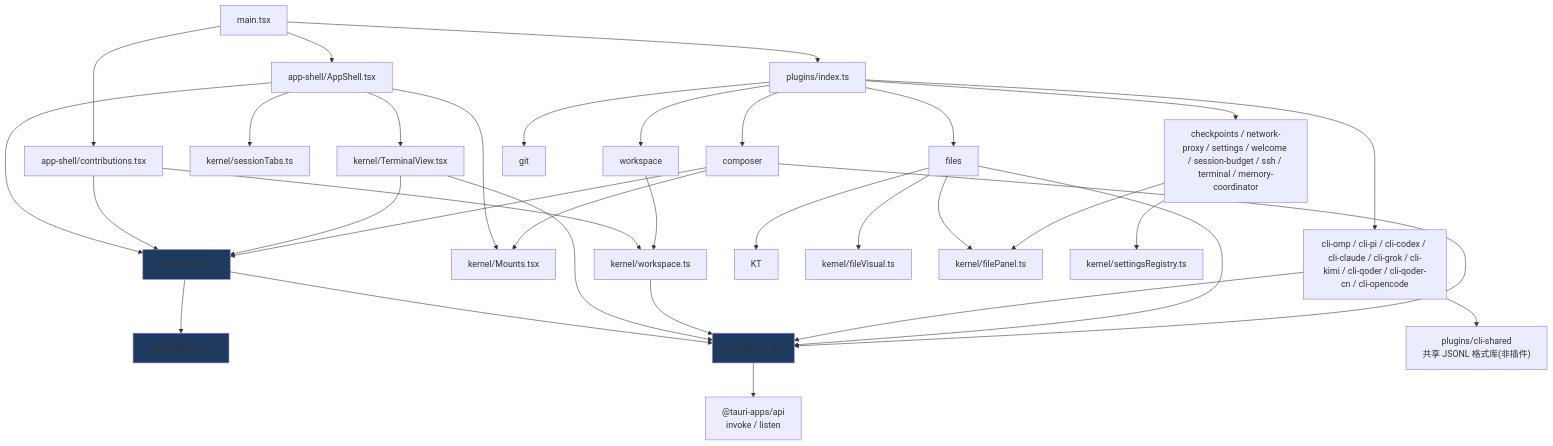
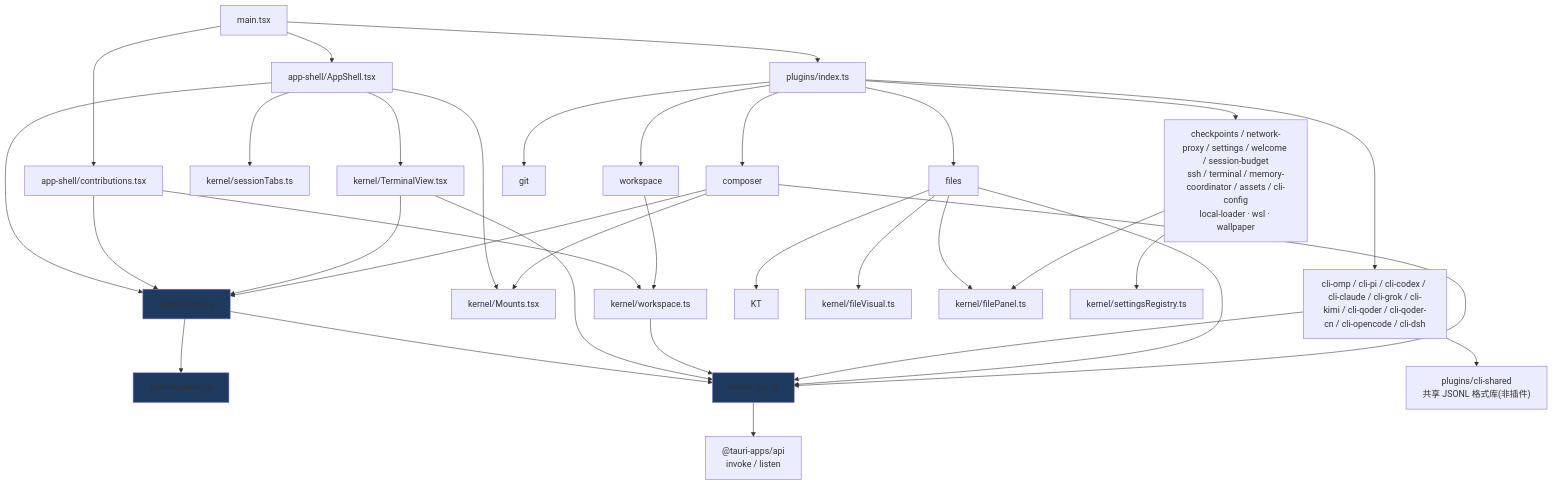
One commit to chenxiangning/tmd-cli changed the eighth of 8 diagrams in docs/architecture/02-code-architecture.md. Above: the diagram before and after it, drawn with Mermaid. The commit also changed other lines of this file and 12 other files, not shown here.

````diff
--- a/docs/architecture/02-code-architecture.md
+++ b/docs/architecture/02-code-architecture.md
@@ -433,39 +440,39 @@
 ```mermaid
 flowchart TD
     M["main.tsx"] --> AS["app-shell/AppShell.tsx"]
     M --> CT["app-shell/contributions.tsx"]
     M --> PI["plugins/index.ts"]
 
     AS --> KH["kernel/host.ts"]
     AS --> KM["kernel/Mounts.tsx"]
     AS --> KTV["kernel/TerminalView.tsx"]
     AS --> KST["kernel/sessionTabs.ts"]
     CT --> KH
     CT --> KW["kernel/workspace.ts"]
 
-    PI --> P1["cli-omp / cli-pi / cli-codex / cli-claude / cli-grok / cli-kimi / cli-qoder / cli-qoder-cn / cli-opencode"]
+    PI --> P1["cli-omp / cli-pi / cli-codex / cli-claude / cli-grok / cli-kimi / cli-qoder / cli-qoder-cn / cli-opencode / cli-dsh"]
     PI --> P2["workspace"]
     PI --> P3["files"]
     PI --> P4["git"]
     PI --> P5["composer"]
-    PI --> P6["checkpoints / network-proxy / settings / welcome / session-budget / ssh / terminal / memory-coordinator"]
+    PI --> P6["checkpoints / network-proxy / settings / welcome / session-budget<br/>ssh / terminal / memory-coordinator / assets / cli-config<br/>local-loader · wsl · wallpaper"]
 
     KH --> KE["kernel/events.ts"]
     KH --> KI["kernel/ipc.ts"]
     KTV --> KI
     KTV --> KH
     KW --> KI
 
     P1 --> KI
     P1 --> SH["plugins/cli-shared<br/>共享 JSONL 格式库(非插件)"]
     P2 --> KW
     P3 --> KI & KT & KFV["kernel/fileVisual.ts"] & KFP["kernel/filePanel.ts"]
     P6 --> KFP & KSR["kernel/settingsRegistry.ts"]
     P5 --> KH & KM & KI
 
     KI --> TAPI["@tauri-apps/api<br/>invoke / listen"]
 
     style KE fill:#1e3a5f
     style KI fill:#1e3a5f
     style KH fill:#1e3a5f
 ```
````
